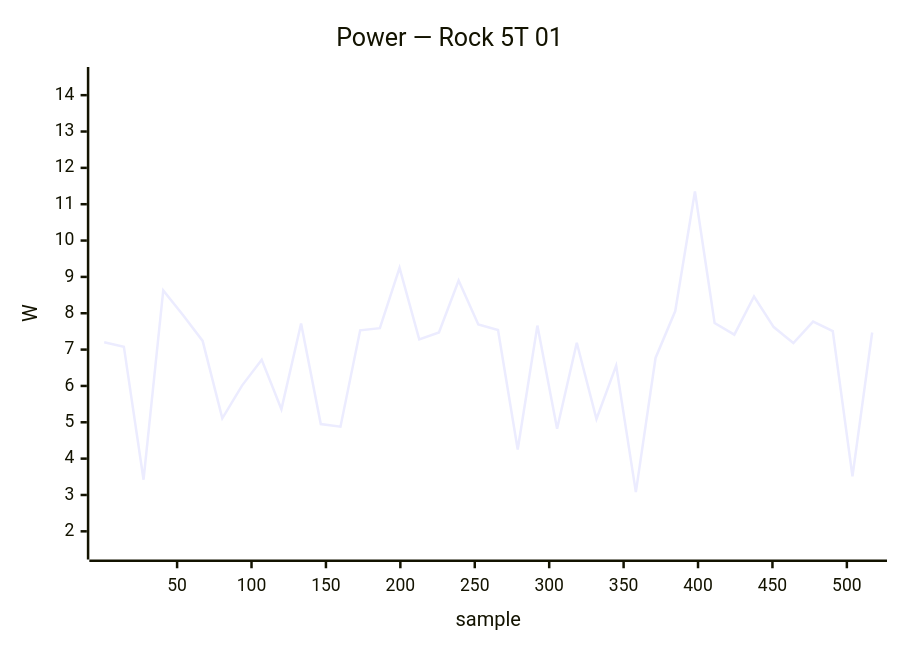
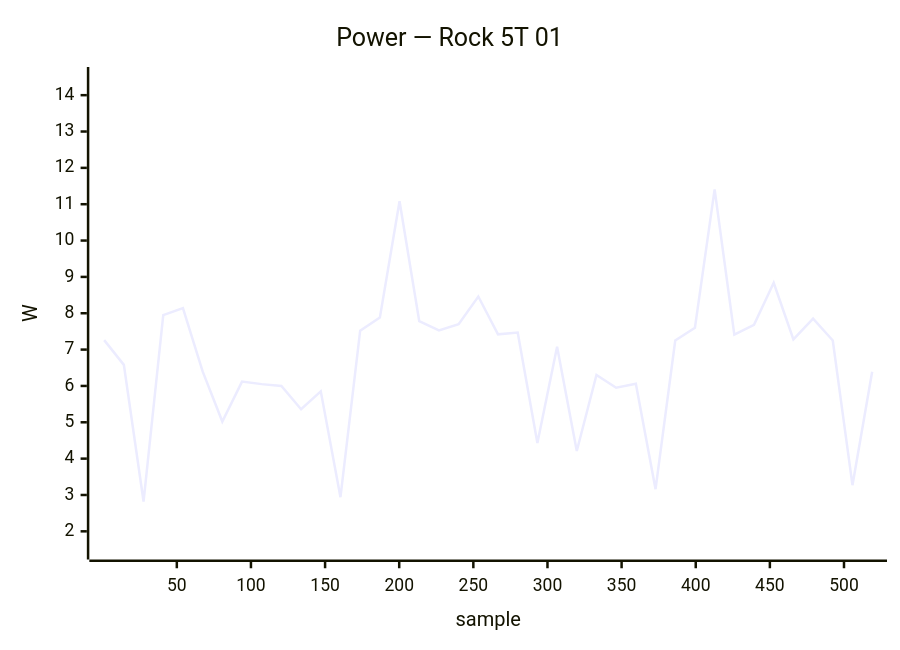
One commit to armbian/documentation changed diagram 12 of 34 in docs/status/board-tests.md. Above: the diagram before and after it, drawn with Mermaid. The commit also changed other lines of this file, not shown here.

````diff
--- a/docs/status/board-tests.md
+++ b/docs/status/board-tests.md
@@ -655,7 +633,7 @@
 ```mermaid
 xychart-beta
     title "Power — Rock 5T 01"
-    x-axis "sample" 1 --> 517
+    x-axis "sample" 1 --> 519
     y-axis "W" 1.5 --> 14.5
-    line [7.20, 7.08, 3.42, 8.63, 7.95, 7.24, 5.11, 6.01, 6.72, 5.36, 7.72, 4.95, 4.88, 7.53, 7.59, 9.25, 7.28, 7.47, 8.90, 7.69, 7.54, 4.25, 7.66, 4.82, 7.19, 5.09, 6.56, 3.08, 6.77, 8.06, 11.35, 7.73, 7.41, 8.46, 7.62, 7.18, 7.77, 7.51, 3.51, 7.47]
+    line [7.26, 6.58, 2.82, 7.95, 8.14, 6.40, 5.02, 6.12, 6.05, 6.00, 5.36, 5.85, 2.94, 7.52, 7.88, 11.08, 7.78, 7.53, 7.70, 8.46, 7.42, 7.47, 4.43, 7.08, 4.21, 6.30, 5.95, 6.06, 3.16, 7.25, 7.60, 11.41, 7.41, 7.68, 8.84, 7.28, 7.85, 7.25, 3.27, 6.39]
 ```
````
